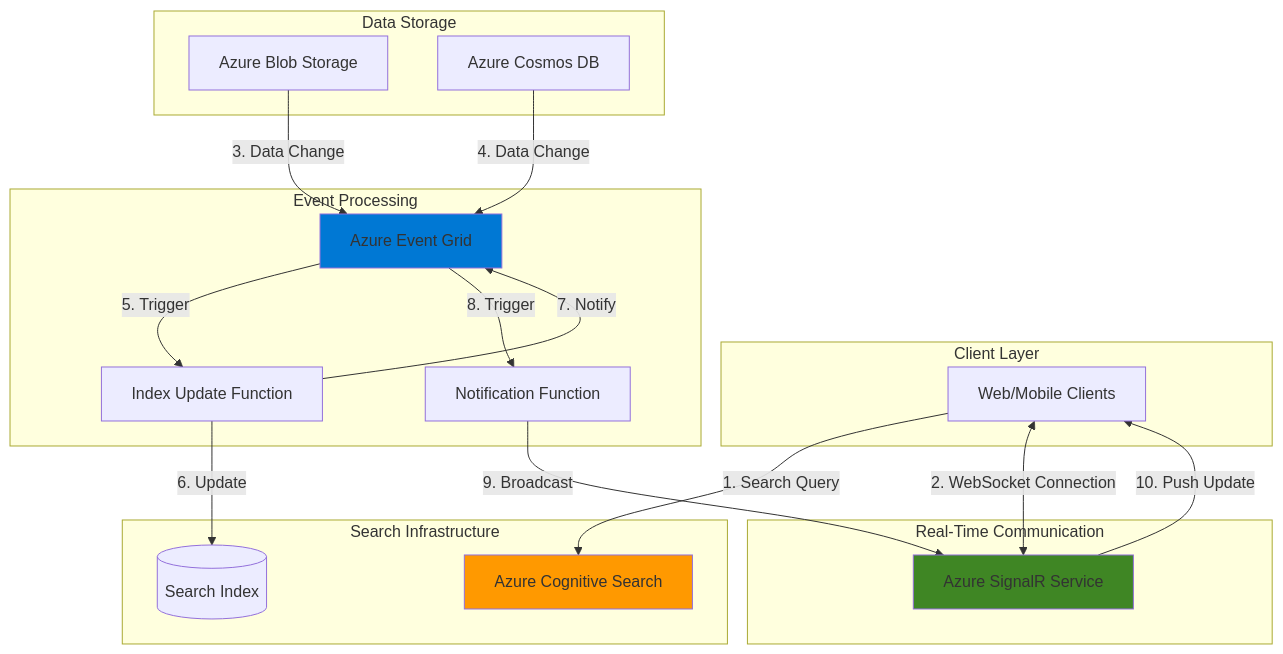
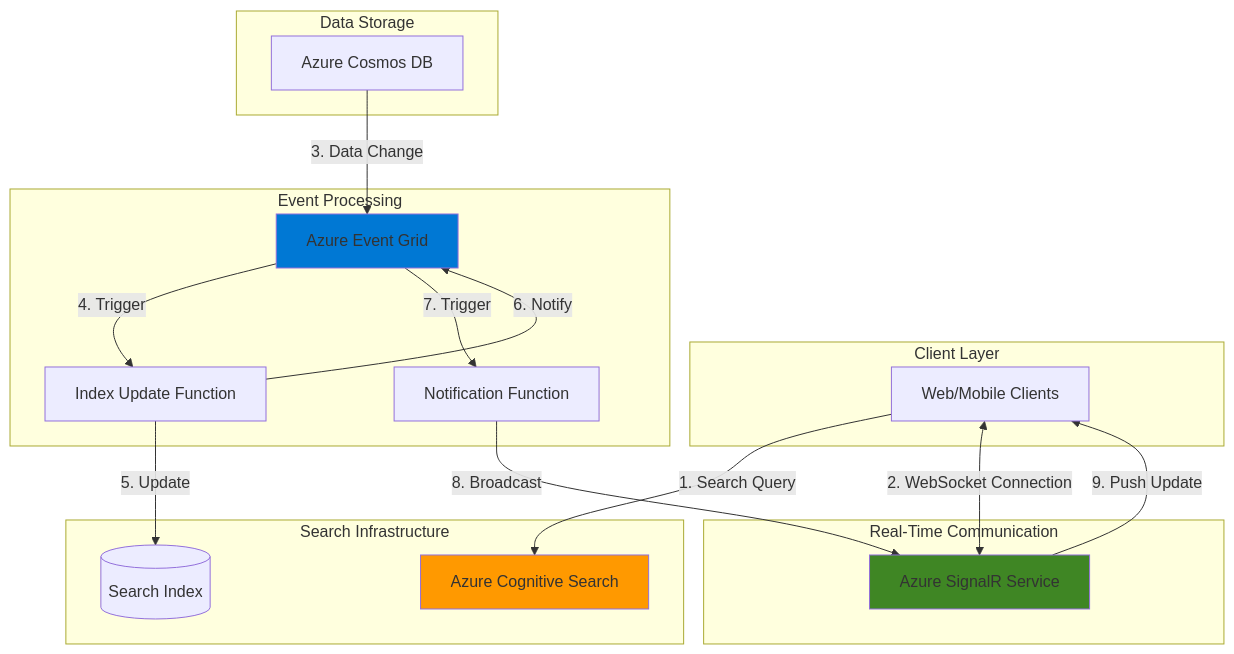
One commit to mzazon/awesome-cloud-projects changed the diagram in azure/live-search-results-cognitive-search/live-search-results-cognitive-search.md. Above: the diagram before and after it, drawn with Mermaid. The commit also changed other lines of this file and 5581 other files, not shown here.

````diff
--- a/azure/live-search-results-cognitive-search/live-search-results-cognitive-search.md
+++ b/azure/live-search-results-cognitive-search/live-search-results-cognitive-search.md
@@ -30,41 +30,39 @@
 ```mermaid
 graph TB
     subgraph "Client Layer"
         CLIENT[Web/Mobile Clients]
     end
     
     subgraph "Real-Time Communication"
         SIGNALR[Azure SignalR Service]
     end
     
     subgraph "Search Infrastructure"
         SEARCH[Azure Cognitive Search]
         INDEX[(Search Index)]
     end
     
     subgraph "Event Processing"
         EVENTGRID[Azure Event Grid]
         FUNC1[Index Update Function]
         FUNC2[Notification Function]
     end
     
     subgraph "Data Storage"
-        STORAGE[Azure Blob Storage]
         COSMOS[Azure Cosmos DB]
     end
     
     CLIENT-->|1. Search Query|SEARCH
     CLIENT<-->|2. WebSocket Connection|SIGNALR
-    STORAGE-->|3. Data Change|EVENTGRID
-    COSMOS-->|4. Data Change|EVENTGRID
-    EVENTGRID-->|5. Trigger|FUNC1
-    FUNC1-->|6. Update|INDEX
-    FUNC1-->|7. Notify|EVENTGRID
-    EVENTGRID-->|8. Trigger|FUNC2
-    FUNC2-->|9. Broadcast|SIGNALR
-    SIGNALR-->|10. Push Update|CLIENT
+    COSMOS-->|3. Data Change|EVENTGRID
+    EVENTGRID-->|4. Trigger|FUNC1
+    FUNC1-->|5. Update|INDEX
+    FUNC1-->|6. Notify|EVENTGRID
+    EVENTGRID-->|7. Trigger|FUNC2
+    FUNC2-->|8. Broadcast|SIGNALR
+    SIGNALR-->|9. Push Update|CLIENT
     
     style SEARCH fill:#FF9900
     style SIGNALR fill:#3F8624
     style EVENTGRID fill:#0078D4
 ```
````
